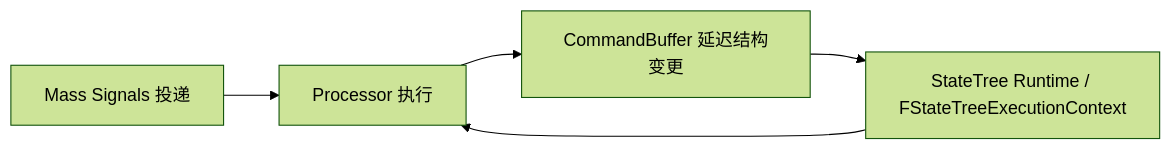
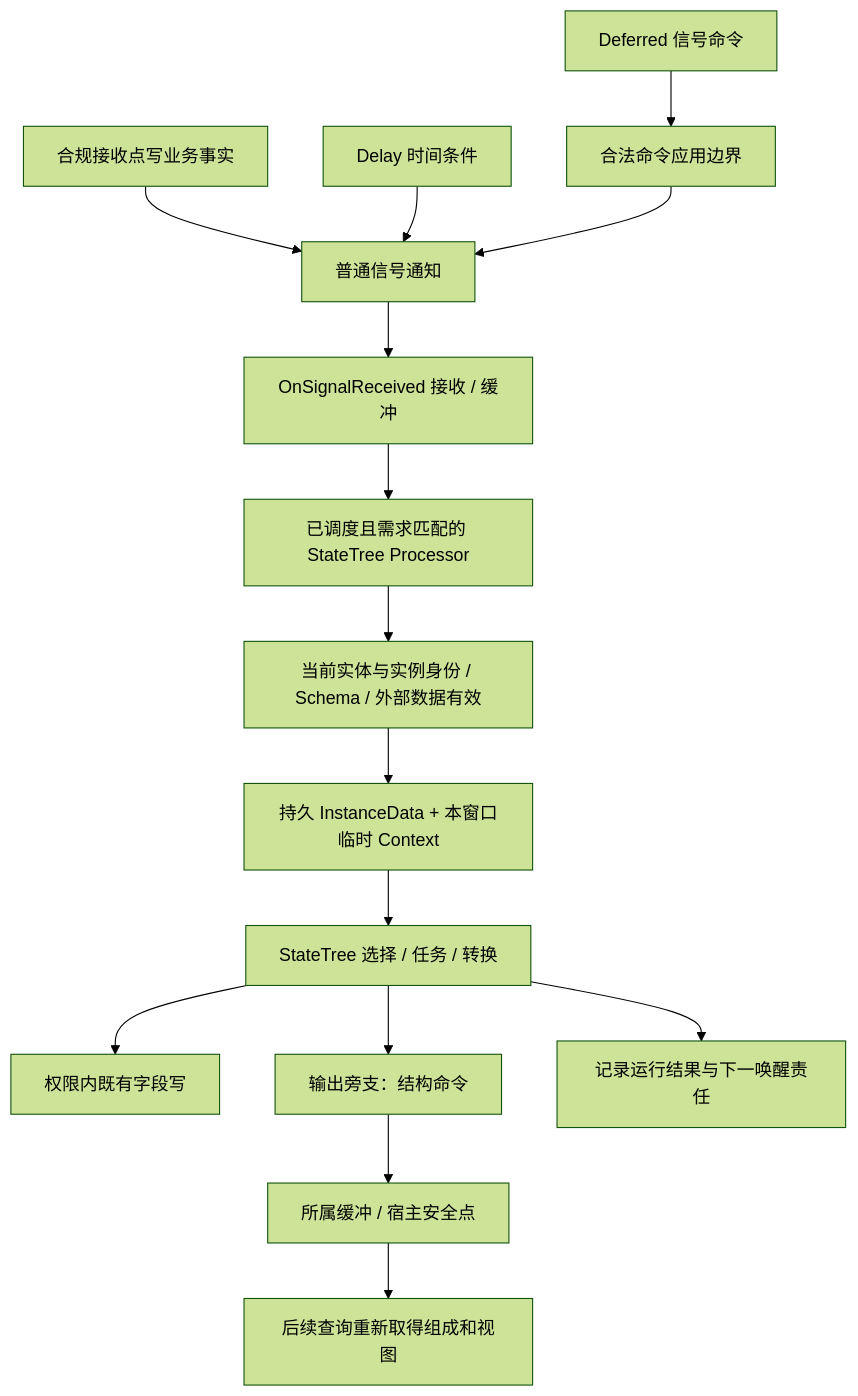
One commit to fantuan812/learning changed the diagram in 知识/06-游戏AI/导航移动与群体协同/21-Mass与StateTree源码.md. Above: the diagram before and after it, drawn with Mermaid (forest theme). The commit also changed other lines of this file and 6 other files, not shown here.

Commit message:
docs: 纠正 Mass 与 StateTree 的信号、实例和退出机制

````diff
--- a/知识/06-游戏AI/导航移动与群体协同/21-Mass与StateTree源码.md
+++ b/知识/06-游戏AI/导航移动与群体协同/21-Mass与StateTree源码.md
@@ -321,7 +338,16 @@
 ```mermaid
-flowchart LR
-S["Mass Signals 投递"] --> P["Processor 执行"]
-P --> C["CommandBuffer 延迟结构变更"]
-C --> R["StateTree Runtime / FStateTreeExecutionContext"]
-R --> P
+flowchart TD
+  F["合规接收点写业务事实"] --> S["普通信号通知"]
+  D["Delay 时间条件"] --> S
+  DS["Deferred 信号命令"] --> CS["合法命令应用边界"] --> S
+  S --> R["OnSignalReceived 接收 / 缓冲"]
+  R --> P["已调度且需求匹配的 StateTree Processor"]
+  P --> V["当前实体与实例身份 / Schema / 外部数据有效"]
+  V --> C["持久 InstanceData + 本窗口临时 Context"]
+  C --> T["StateTree 选择 / 任务 / 转换"]
+  T --> W["权限内既有字段写"]
+  T --> Q["输出旁支：结构命令"]
+  Q --> B["所属缓冲 / 宿主安全点"]
+  B --> N["后续查询重新取得组成和视图"]
+  T --> O["记录运行结果与下一唤醒责任"]
 ```
````
